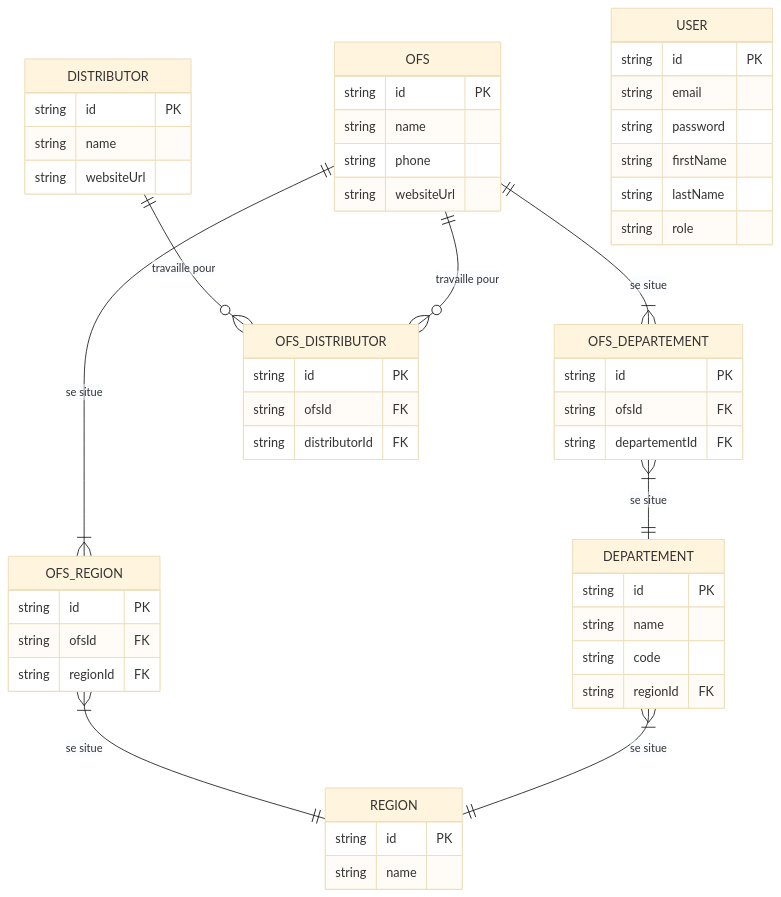
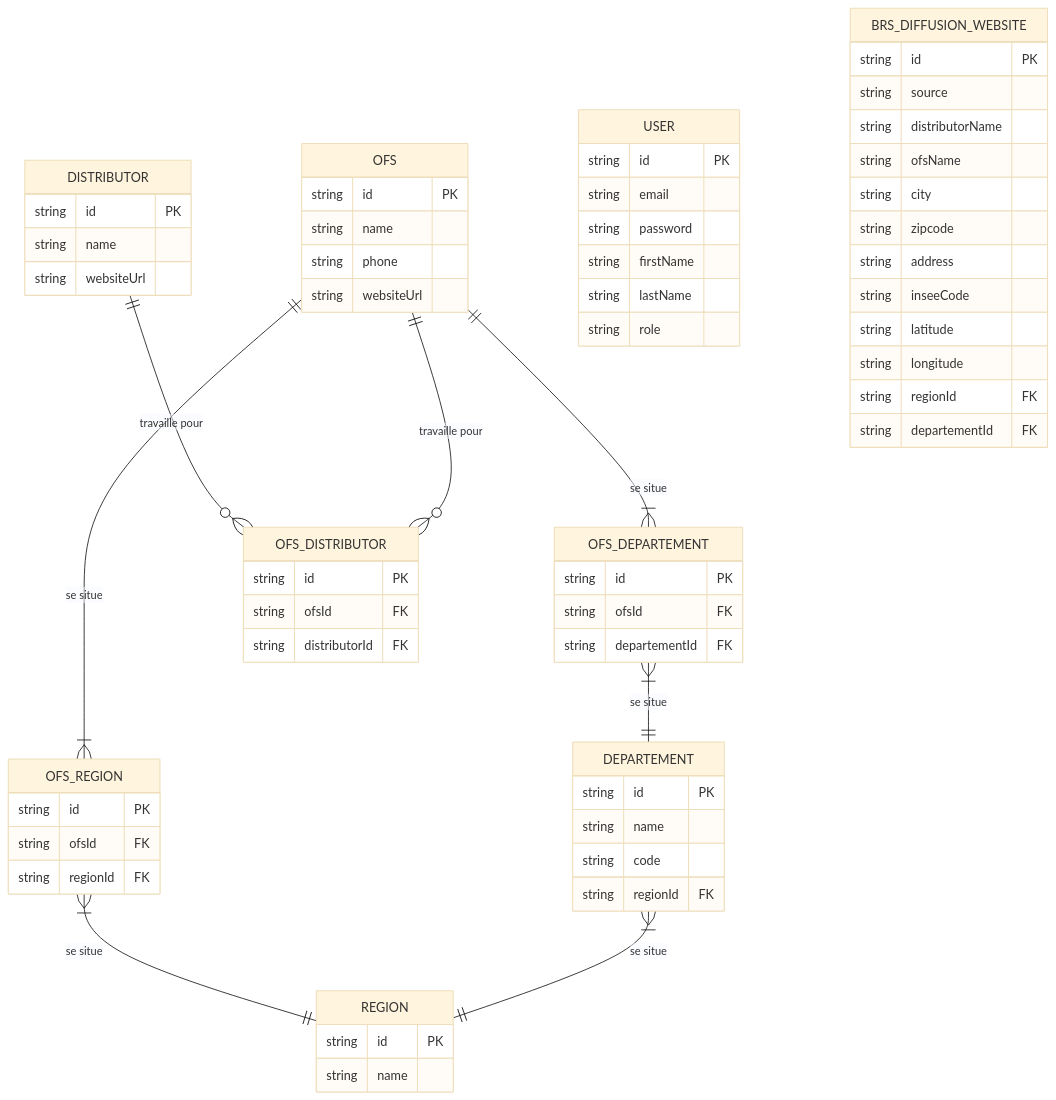
Before and after one commit to MTES-MCT/boris: the diagram in apps/backend/doc/entities-relationships-diagram.mermaid, drawn with Mermaid (base theme). The commit also changed 2 other files, not shown here.

Commit message:
doc: testing automatic mermaid diagram

```diff
--- a/apps/backend/doc/entities-relationships-diagram.mermaid
+++ b/apps/backend/doc/entities-relationships-diagram.mermaid
@@ -1,68 +1,83 @@
 erDiagram
     %% -------------------
     %% |  RELATIONSHIPS  |
     %% -------------------
 
     OFS ||--|{ OFS_REGION : "se situe"
     OFS_REGION }|--|| REGION : "se situe"
     OFS ||--|{ OFS_DEPARTEMENT : "se situe"
     OFS_DEPARTEMENT }|--|| DEPARTEMENT : "se situe"
     DEPARTEMENT }|--|| REGION : "se situe"
     DISTRIBUTOR ||--o{ OFS_DISTRIBUTOR : "travaille pour"
     OFS ||--o{ OFS_DISTRIBUTOR : "travaille pour"
 
     %% -------------------
     %% |    ENTITIES     |
     %% -------------------
 
     OFS {
         string id PK
         string name
         string phone
         string websiteUrl
     }
 
     REGION {
       string id PK
       string name
     }
 
     OFS_REGION {
       string id PK
       string ofsId FK
       string regionId FK
     }
 
     DEPARTEMENT {
       string id PK
       string name
       string code
       string regionId FK
     }
 
     OFS_DEPARTEMENT {
       string id PK
       string ofsId FK
       string departementId FK
     }
 
     DISTRIBUTOR {
       string id PK
       string name
       string websiteUrl
     }
 
     OFS_DISTRIBUTOR {
       string id PK
       string ofsId FK
       string distributorId FK
     }
 
     USER {
       string id PK
       string email
       string password
       string firstName
       string lastName
       string role
     }
+
+    BRS_DIFFUSION_WEBSITE {
+      string id PK
+      string source
+      string distributorName
+      string ofsName
+      string city
+      string zipcode
+      string address
+      string inseeCode
+      string latitude
+      string longitude
+      string regionId FK
+      string departementId FK
+    }
```
